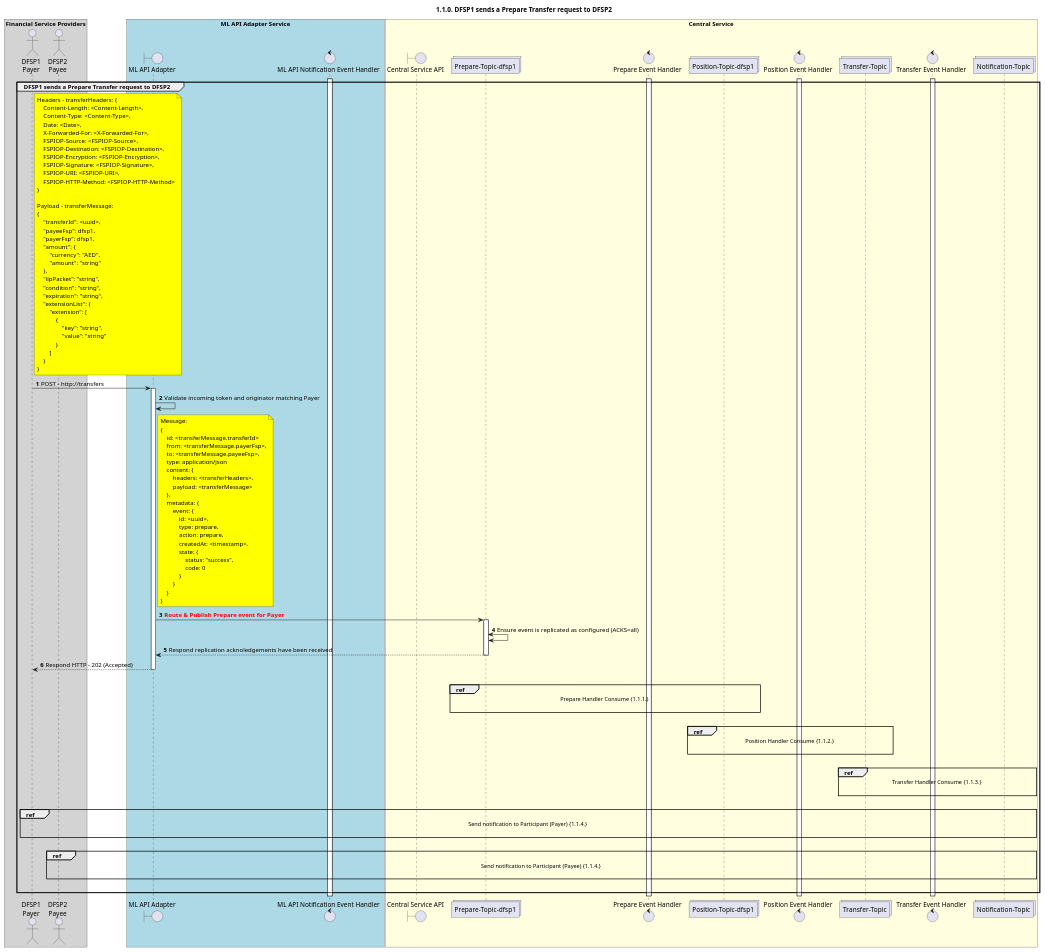
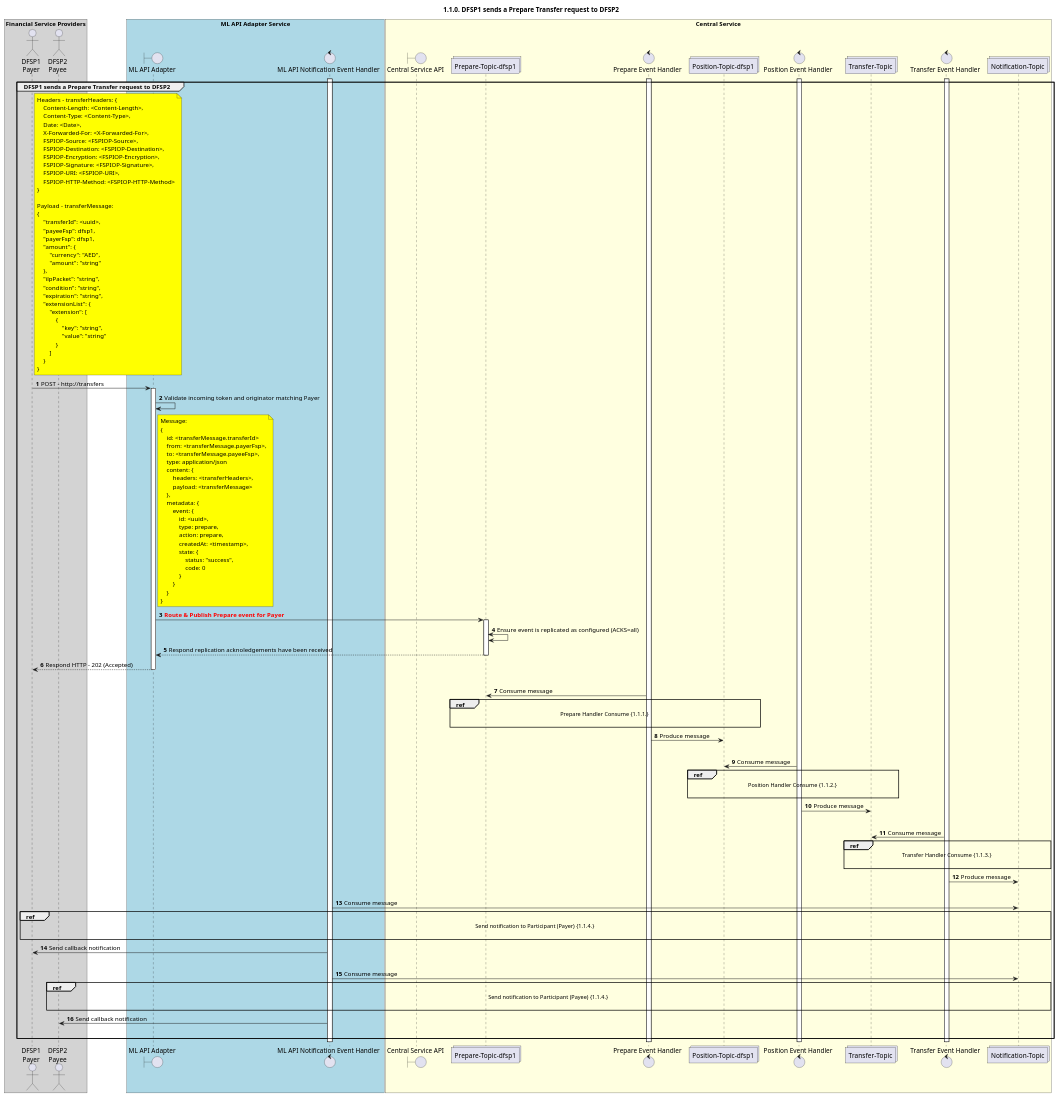
One commit to ggrg/docs changed the diagram in CentralServices/seq_diagrams/seq-prepare-1.1.0.plantuml. Above: the diagram before and after it, drawn with PlantUML. The commit also changed 1 other file, not shown here.

Commit message:
Added end-to-end flow for 1.1.0

```diff
--- a/CentralServices/seq_diagrams/seq-prepare-1.1.0.plantuml
+++ b/CentralServices/seq_diagrams/seq-prepare-1.1.0.plantuml
@@ -1,156 +1,166 @@
 @startuml
 ' declate title
 title 1.1.0. DFSP1 sends a Prepare Transfer request to DFSP2
 
 autonumber
 
 ' Actor Keys:
 '   boundary - APIs/Interfaces, etc
 '   collections - Kafka Topics
 '   control - Kafka Consumers
 '   entity - Database Access Objects
 '   database - Database Persistance Store
 
 ' declare actors
 actor "DFSP1\nPayer" as DFSP1
 actor "DFSP2\nPayee" as DFSP2
 boundary "ML API Adapter" as MLAPI
 control "ML API Notification Event Handler" as NOTIFY_HANDLER
 boundary "Central Service API" as CSAPI
 collections "Prepare-Topic-dfsp1" as TOPIC_PREPARE_DFSP1
 control "Prepare Event Handler" as PREP_HANDLER
 collections "Position-Topic-dfsp1" as TOPIC_POSITION_DFSP1
 control "Position Event Handler" as POS_HANDLER
 collections "Transfer-Topic" as TOPIC_TRANSFERS
 control "Transfer Event Handler" as TRANS_HANDLER
 collections "Notification-Topic" as TOPIC_NOTIFICATIONS
 ' collections "Errors-Topic" as ERRORS_NOTIFICATIONS
 ' entity "Position DAO" as POS_DAO
 ' entity "Event DAO" as EVENT_DAO
 ' entity "Transfer DAO" as TRANS_DAO
 ' entity "Notification DAO" as NOTIFY_DAO
 ' entity "Participant DAO" as PARTICIPANT_DAO
 ' database "Central Store" as DB
 
 box "Financial Service Providers" #lightGray
 	participant DFSP1
 	participant DFSP2
 end box
 
 box "ML API Adapter Service" #LightBlue
 	participant MLAPI
 	participant NOTIFY_HANDLER
 end box
 
 box "Central Service" #LightYellow
     participant CSAPI
 	participant TOPIC_PREPARE_DFSP1
     participant PREP_HANDLER
     participant TOPIC_POSITION_DFSP1
     participant POS_HANDLER
     participant TOPIC_TRANSFERS
     participant TRANS_HANDLER
     participant TOPIC_NOTIFICATIONS
     ' participant ERRORS_NOTIFICATIONS
     ' participant POS_DAO
     ' participant EVENT_DAO
     ' participant TRANS_DAO
     ' participant NOTIFY_DAO
     ' participant PARTICIPANT_DAO
     ' participant DB
 end box
 
 ' start flow
 activate NOTIFY_HANDLER
 activate PREP_HANDLER
 activate POS_HANDLER
 activate TRANS_HANDLER
 group DFSP1 sends a Prepare Transfer request to DFSP2
     note right of DFSP1 #yellow
         Headers - transferHeaders: {
             Content-Length: <Content-Length>,
             Content-Type: <Content-Type>,
             Date: <Date>,
             X-Forwarded-For: <X-Forwarded-For>,
             FSPIOP-Source: <FSPIOP-Source>,
             FSPIOP-Destination: <FSPIOP-Destination>,
             FSPIOP-Encryption: <FSPIOP-Encryption>,
             FSPIOP-Signature: <FSPIOP-Signature>,
             FSPIOP-URI: <FSPIOP-URI>,
             FSPIOP-HTTP-Method: <FSPIOP-HTTP-Method>
         }
 
         Payload - transferMessage:
         {
             "transferId": <uuid>,
             "payeeFsp": dfsp1,
             "payerFsp": dfsp1,
             "amount": {
                 "currency": "AED",
                 "amount": "string"
             },
             "ilpPacket": "string",
             "condition": "string",
             "expiration": "string",
             "extensionList": {
                 "extension": [
                     {
                         "key": "string",
                         "value": "string"
                     }
                 ]
             }
         }
     end note
     DFSP1 -> MLAPI: POST - http://transfers
     activate MLAPI
     MLAPI -> MLAPI: Validate incoming token and originator matching Payer
     note right of MLAPI #yellow
         Message:
         {
             id: <transferMessage.transferId>
             from: <transferMessage.payerFsp>,
             to: <transferMessage.payeeFsp>,
             type: application/json
             content: {
                 headers: <transferHeaders>,
                 payload: <transferMessage>
             },
             metadata: {
                 event: {
                     id: <uuid>,
                     type: prepare,
                     action: prepare,
                     createdAt: <timestamp>,
                     state: {
                         status: "success",
                         code: 0
                     }
                 }
             }
         }
     end note
     MLAPI -> TOPIC_PREPARE_DFSP1: <color #FF0000>**Route & Publish Prepare event for Payer**</color>
     activate TOPIC_PREPARE_DFSP1
     TOPIC_PREPARE_DFSP1 <-> TOPIC_PREPARE_DFSP1: Ensure event is replicated as configured (ACKS=all)
     TOPIC_PREPARE_DFSP1 --> MLAPI: Respond replication acknoledgements have been received
     deactivate TOPIC_PREPARE_DFSP1
     MLAPI ---> DFSP1: Respond HTTP - 202 (Accepted)
     deactivate MLAPI
     |||
+    TOPIC_PREPARE_DFSP1 <- PREP_HANDLER: Consume message
     ref over TOPIC_PREPARE_DFSP1, PREP_HANDLER, TOPIC_POSITION_DFSP1 :  Prepare Handler Consume {1.1.1.} \n
+    PREP_HANDLER -> TOPIC_POSITION_DFSP1: Produce message
     |||
+    TOPIC_POSITION_DFSP1 <- POS_HANDLER: Consume message
     ref over TOPIC_POSITION_DFSP1, POS_HANDLER, TOPIC_TRANSFERS : Position Handler Consume {1.1.2.} \n
+    POS_HANDLER -> TOPIC_TRANSFERS: Produce message
     |||
+    TOPIC_TRANSFERS <- TRANS_HANDLER: Consume message
     ref over TOPIC_TRANSFERS, TRANS_HANDLER, TOPIC_NOTIFICATIONS : Transfer Handler Consume {1.1.3.} \n
+    TRANS_HANDLER -> TOPIC_NOTIFICATIONS: Produce message
     |||
+    TOPIC_NOTIFICATIONS <- NOTIFY_HANDLER: Consume message
     ref over DFSP1, TOPIC_NOTIFICATIONS : Send notification to Participant (Payer) {1.1.4.} \n
+    NOTIFY_HANDLER -> DFSP1: Send callback notification
     |||
+    TOPIC_NOTIFICATIONS <- NOTIFY_HANDLER: Consume message
     ref over DFSP2, TOPIC_NOTIFICATIONS : Send notification to Participant (Payee) {1.1.4.} \n
+    NOTIFY_HANDLER -> DFSP2: Send callback notification
     |||
 end
 deactivate TRANS_HANDLER
 deactivate POS_HANDLER
 deactivate PREP_HANDLER
 deactivate NOTIFY_HANDLER
 @enduml
```
